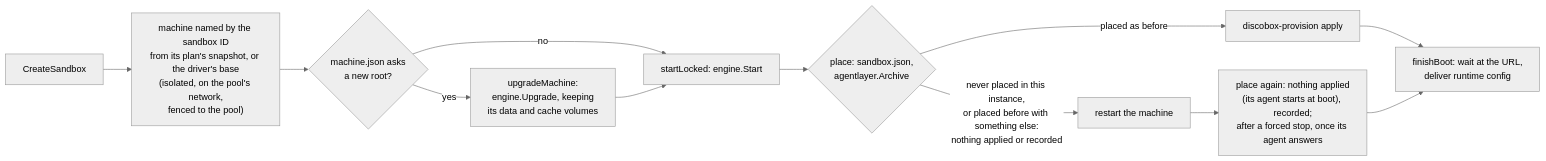
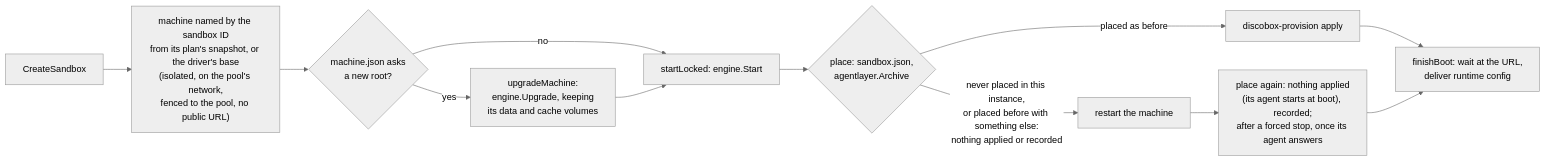
One commit to discobox-ai/discobox changed the fourth of 13 diagrams in pool-agent/DESIGN.md. Above: the diagram before and after it, drawn with Mermaid (neutral theme). The commit also changed other lines of this file and 6 other files, not shown here.

First line of the commit message:
feat(pool-agent): a sandbox's machine asks for no public URL, strictly

````diff
--- a/pool-agent/DESIGN.md
+++ b/pool-agent/DESIGN.md
@@ -983,14 +983,14 @@
 ```mermaid
 flowchart LR
-    create["CreateSandbox"] --> inst["machine named by the sandbox ID\nfrom its plan's snapshot, or the driver's base\n(isolated, on the pool's network,\nfenced to the pool)"]
+    create["CreateSandbox"] --> inst["machine named by the sandbox ID\nfrom its plan's snapshot, or the driver's base\n(isolated, on the pool's network,\nfenced to the pool, no public URL)"]
     inst --> newroot{"machine.json asks\na new root?"}
     newroot -->|yes| upgrade["upgradeMachine:\nengine.Upgrade, keeping\nits data and cache volumes"]
     newroot -->|no| start["startLocked: engine.Start"]
     upgrade --> start
     start --> place{"place: sandbox.json,\nagentlayer.Archive"}
     place -->|"placed as before"| apply["discobox-provision apply"]
     place -->|"never placed in this instance,\nor placed before with something else:\nnothing applied or recorded"| restart["restart the machine"]
     restart --> again["place again: nothing applied\n(its agent starts at boot), recorded;\nafter a forced stop, once its agent answers"]
     apply --> boot["finishBoot: wait at the URL,\ndeliver runtime config"]
     again --> boot
 ```
````
